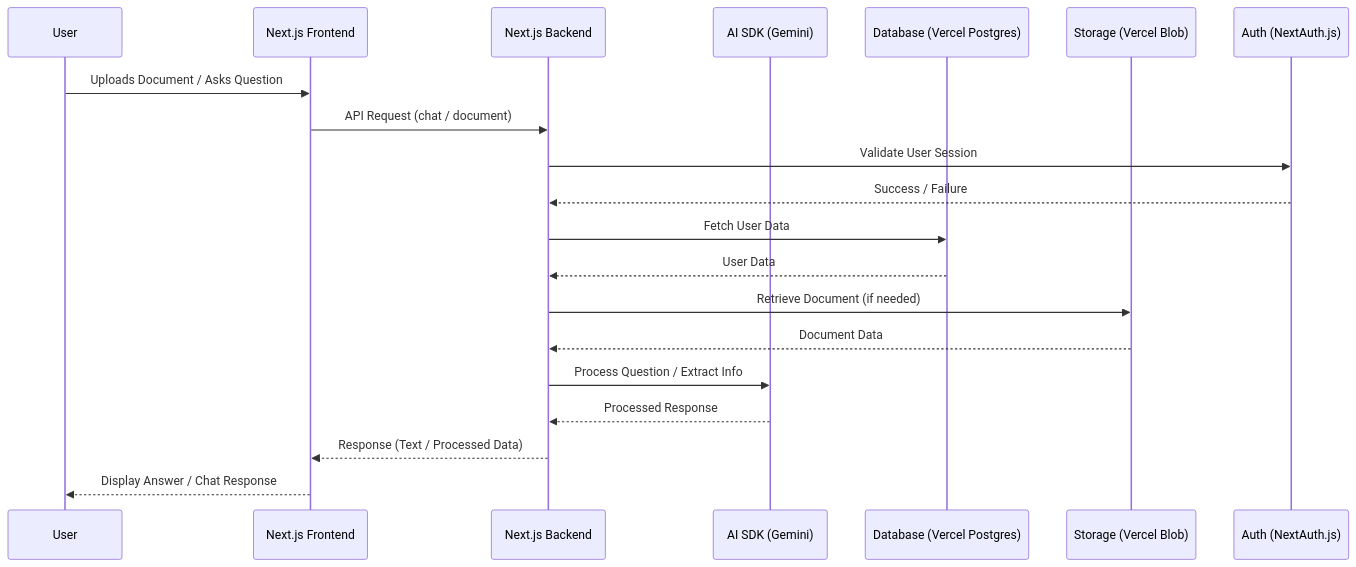
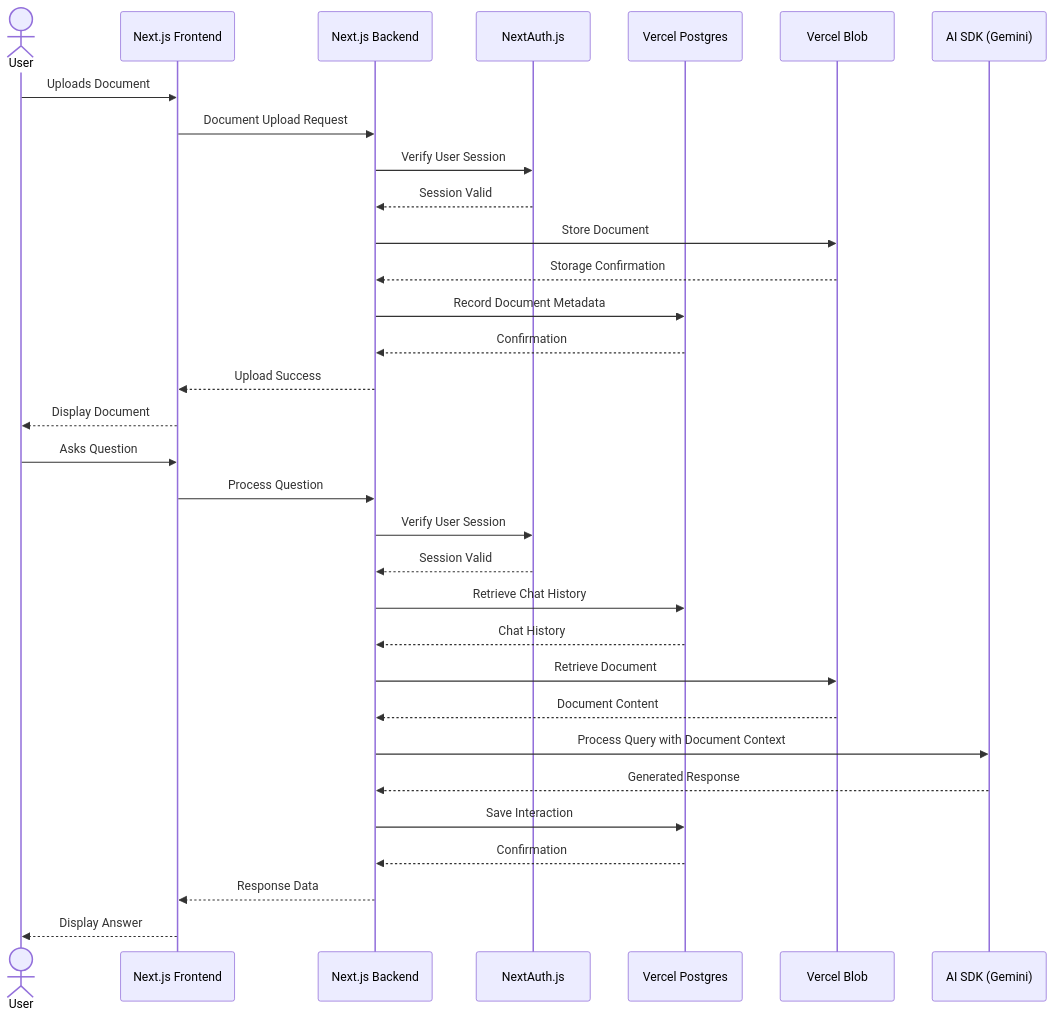
Before and after one commit to Priyanshuthapliyal2005/chatpdf: the fourth of 4 diagrams in README.md, drawn with Mermaid. The commit also changed other lines of this file, not shown here.

````diff
--- a/README.md
+++ b/README.md
@@ -124,23 +204,38 @@
 ```mermaid
 sequenceDiagram
-    participant User
-    participant Next.js Frontend
-    participant Next.js Backend
-    participant AI SDK (Gemini)
-    participant Database (Vercel Postgres)
-    participant Storage (Vercel Blob)
-    participant Auth (NextAuth.js)
+    actor User
+    participant Frontend as Next.js Frontend
+    participant Backend as Next.js Backend
+    participant Auth as NextAuth.js
+    participant DB as Vercel Postgres
+    participant Blob as Vercel Blob
+    participant AI as AI SDK (Gemini)
 
-    User ->> Next.js Frontend: Uploads Document / Asks Question
-    Next.js Frontend ->> Next.js Backend: API Request (chat / document)
-    Next.js Backend ->> Auth (NextAuth.js): Validate User Session
-    Auth (NextAuth.js) -->> Next.js Backend: Success / Failure
-    Next.js Backend ->> Database (Vercel Postgres): Fetch User Data
-    Database (Vercel Postgres) -->> Next.js Backend: User Data
-    Next.js Backend ->> Storage (Vercel Blob): Retrieve Document (if needed)
-    Storage (Vercel Blob) -->> Next.js Backend: Document Data
-    Next.js Backend ->> AI SDK (Gemini): Process Question / Extract Info
-    AI SDK (Gemini) -->> Next.js Backend: Processed Response
-    Next.js Backend -->> Next.js Frontend: Response (Text / Processed Data)
-    Next.js Frontend -->> User: Display Answer / Chat Response
+    %% Document Upload Flow
+    User ->> Frontend: Uploads Document
+    Frontend ->> Backend: Document Upload Request
+    Backend ->> Auth: Verify User Session
+    Auth -->> Backend: Session Valid
+    Backend ->> Blob: Store Document
+    Blob -->> Backend: Storage Confirmation
+    Backend ->> DB: Record Document Metadata
+    DB -->> Backend: Confirmation
+    Backend -->> Frontend: Upload Success
+    Frontend -->> User: Display Document
+
+    %% Question Answering Flow
+    User ->> Frontend: Asks Question
+    Frontend ->> Backend: Process Question
+    Backend ->> Auth: Verify User Session
+    Auth -->> Backend: Session Valid
+    Backend ->> DB: Retrieve Chat History
+    DB -->> Backend: Chat History
+    Backend ->> Blob: Retrieve Document
+    Blob -->> Backend: Document Content
+    Backend ->> AI: Process Query with Document Context
+    AI -->> Backend: Generated Response
+    Backend ->> DB: Save Interaction
+    DB -->> Backend: Confirmation
+    Backend -->> Frontend: Response Data
+    Frontend -->> User: Display Answer
 ```
````
